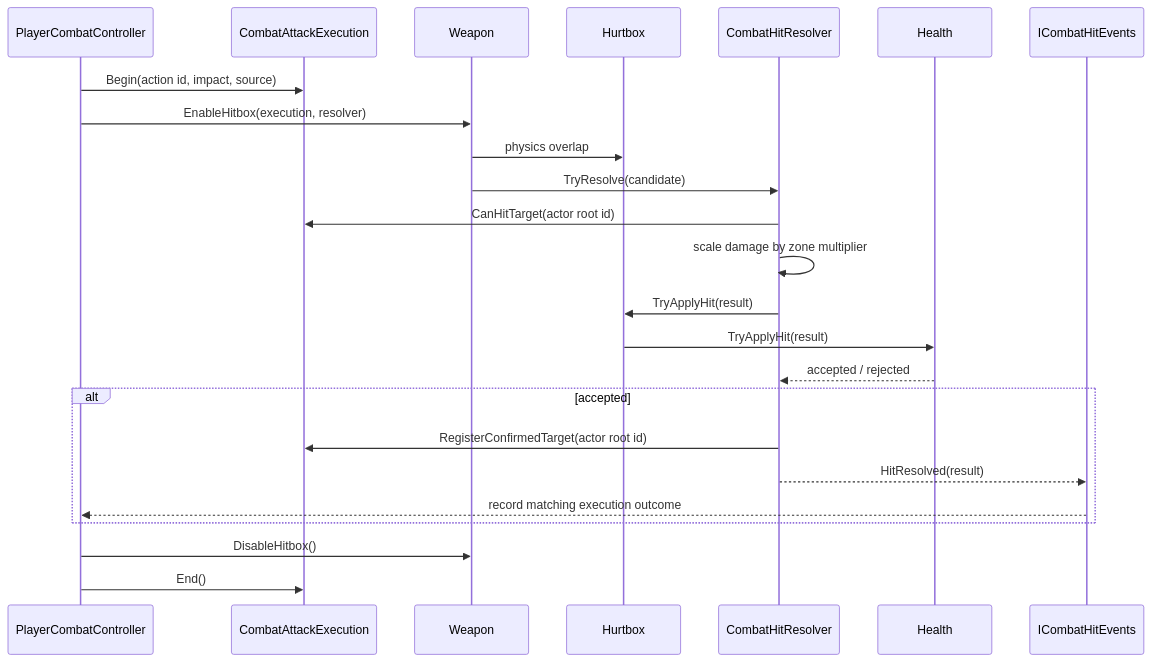
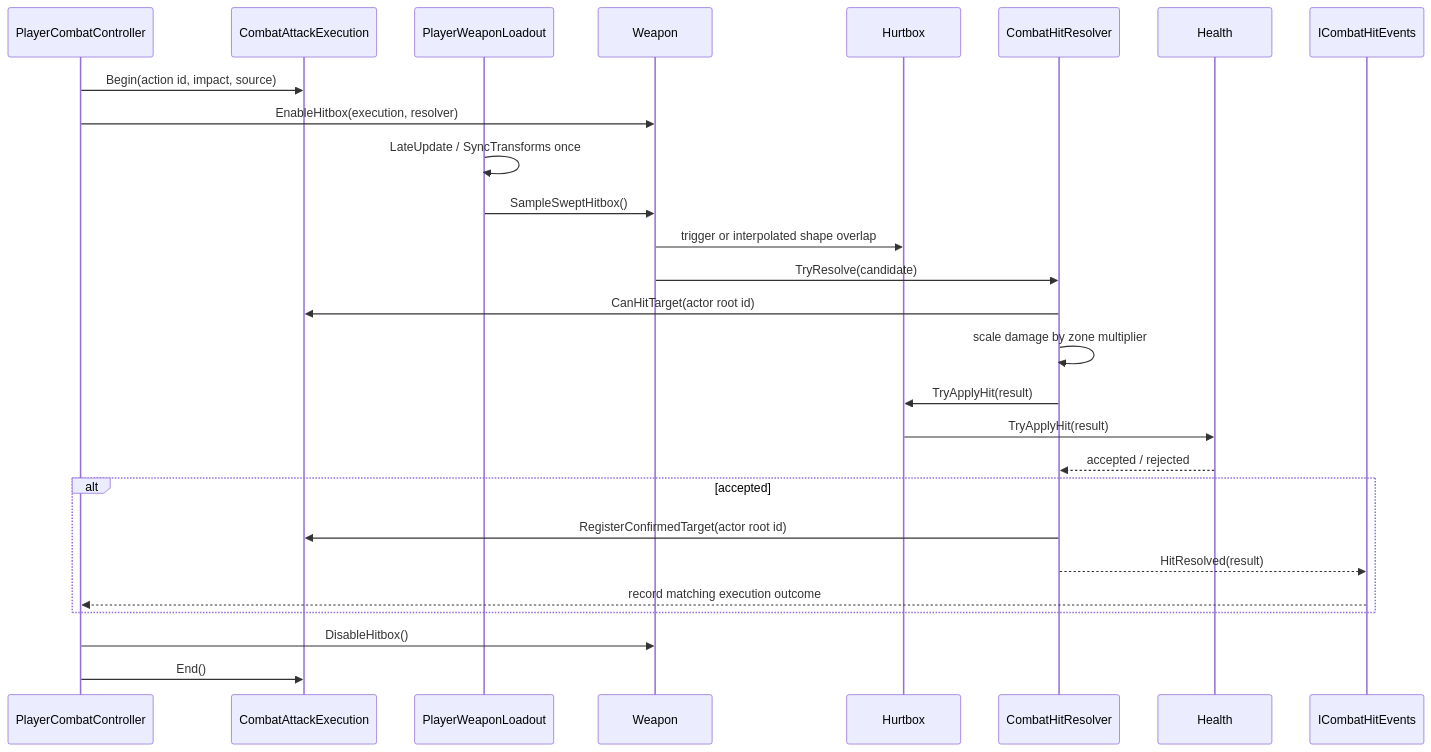
The second of 2 diagrams in Docs/Architecture/Combat.HitResolution.md (MaximFonariuc/project-s), drawn with Mermaid before and after one commit. The commit also changed other lines of this file and 9 other files, not shown here.

Commit message:
feat(combat): add swept weapon hitboxes

````diff
--- a/Docs/Architecture/Combat.HitResolution.md
+++ b/Docs/Architecture/Combat.HitResolution.md
@@ -115,27 +128,30 @@
 ```mermaid
 sequenceDiagram
     participant Combat as PlayerCombatController
     participant Execution as CombatAttackExecution
+    participant Loadout as PlayerWeaponLoadout
     participant Weapon
     participant Hurtbox
     participant Resolver as CombatHitResolver
     participant Health
     participant Events as ICombatHitEvents
 
     Combat->>Execution: Begin(action id, impact, source)
     Combat->>Weapon: EnableHitbox(execution, resolver)
-    Weapon->>Hurtbox: physics overlap
+    Loadout->>Loadout: LateUpdate / SyncTransforms once
+    Loadout->>Weapon: SampleSweptHitbox()
+    Weapon->>Hurtbox: trigger or interpolated shape overlap
     Weapon->>Resolver: TryResolve(candidate)
     Resolver->>Execution: CanHitTarget(actor root id)
     Resolver->>Resolver: scale damage by zone multiplier
     Resolver->>Hurtbox: TryApplyHit(result)
     Hurtbox->>Health: TryApplyHit(result)
     Health-->>Resolver: accepted / rejected
     alt accepted
         Resolver->>Execution: RegisterConfirmedTarget(actor root id)
         Resolver-->>Events: HitResolved(result)
         Events-->>Combat: record matching execution outcome
     end
     Combat->>Weapon: DisableHitbox()
     Combat->>Execution: End()
 ```
````
